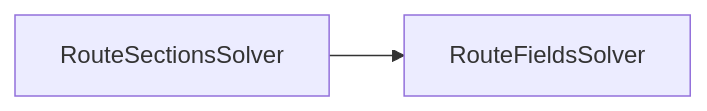
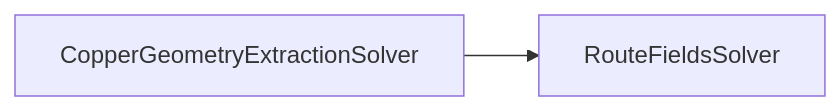
The first of 2 diagrams in README.md (draarivpatel-ui/signal-integrity-pipeline), drawn with Mermaid before and after one commit. The commit also changed 10 other files, not shown here.

Commit message:
refactor: use copper geometry extraction in #103

````diff
--- a/README.md
+++ b/README.md
@@ -30,4 +30,4 @@
 ```mermaid
 flowchart LR
-  input["RouteSectionsSolver"] --> result["RouteFieldsSolver"]
+  input["CopperGeometryExtractionSolver"] --> result["RouteFieldsSolver"]
 ```
````
